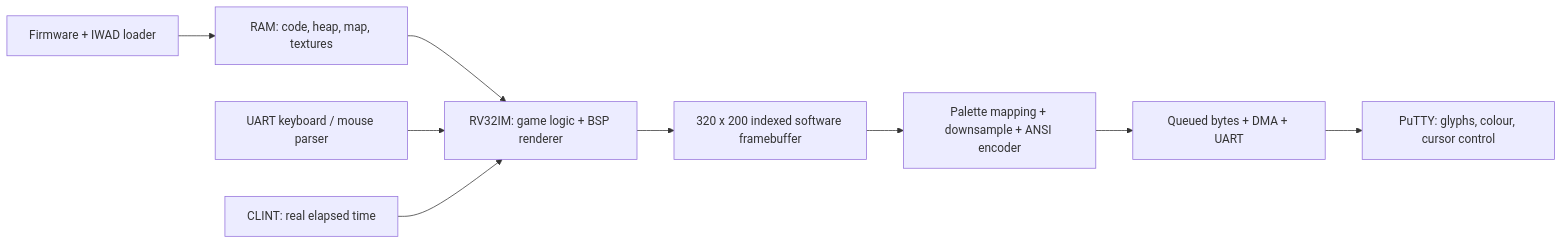
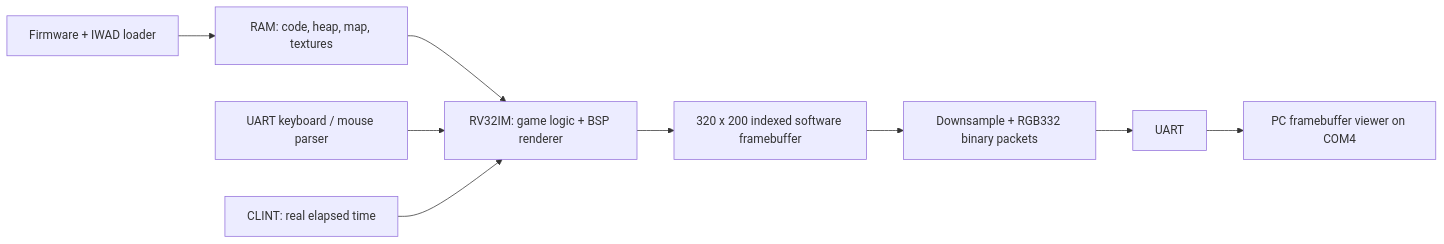
Before and after one commit to TharunBabu-05/RISC-V_CPU: the first of 2 diagrams in riscv_processor_cpu/docs/doom_feasibility.md, drawn with Mermaid. The commit also changed other lines of this file and 48 other files, not shown here.

````diff
--- a/riscv_processor_cpu/docs/doom_feasibility.md
+++ b/riscv_processor_cpu/docs/doom_feasibility.md
@@ -91,11 +91,11 @@
 ```mermaid
 flowchart LR
     LOAD["Firmware + IWAD loader"] --> RAM["RAM: code, heap, map, textures"]
     RAM --> GAME["RV32IM: game logic + BSP renderer"]
     KEYS["UART keyboard / mouse parser"] --> GAME
     TIME["CLINT: real elapsed time"] --> GAME
     GAME --> FB["320 x 200 indexed software framebuffer"]
-    FB --> ENCODE["Palette mapping + downsample + ANSI encoder"]
-    ENCODE --> TX["Queued bytes + DMA + UART"]
-    TX --> TERM["PuTTY: glyphs, colour, cursor control"]
+    FB --> ENCODE["Downsample + RGB332 binary packets"]
+    ENCODE --> TX["UART"]
+    TX --> TERM["PC framebuffer viewer on COM4"]
 ```
````
